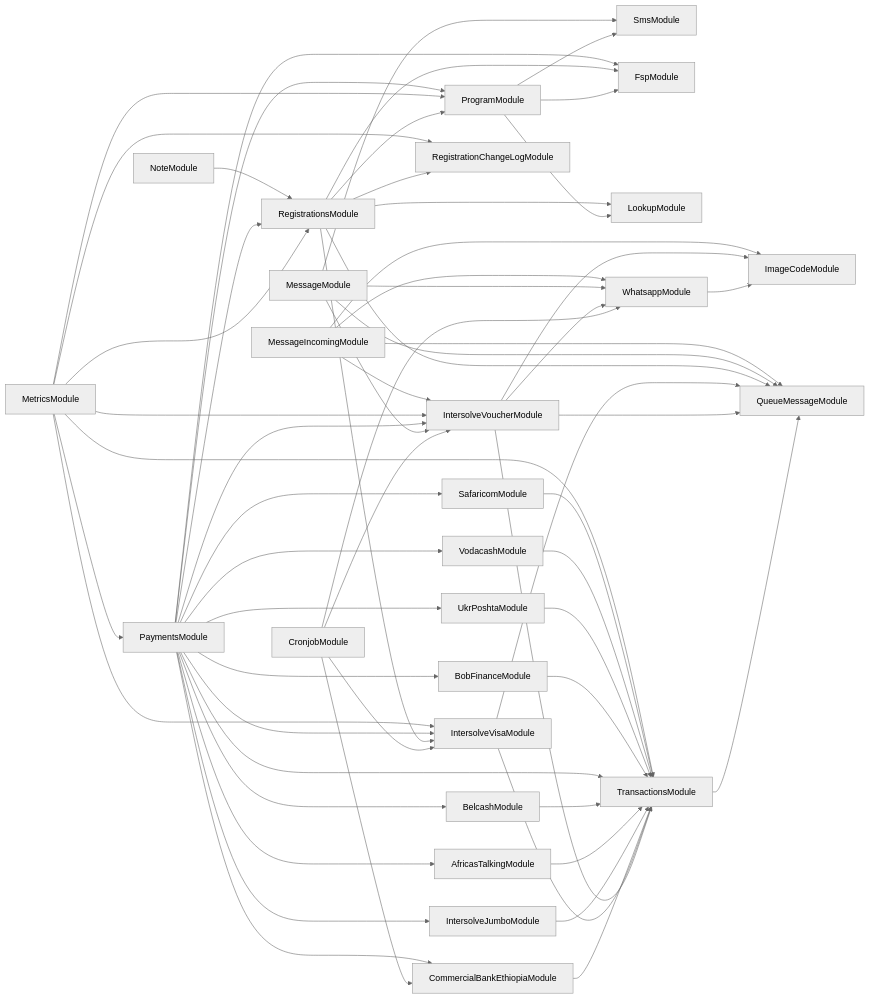
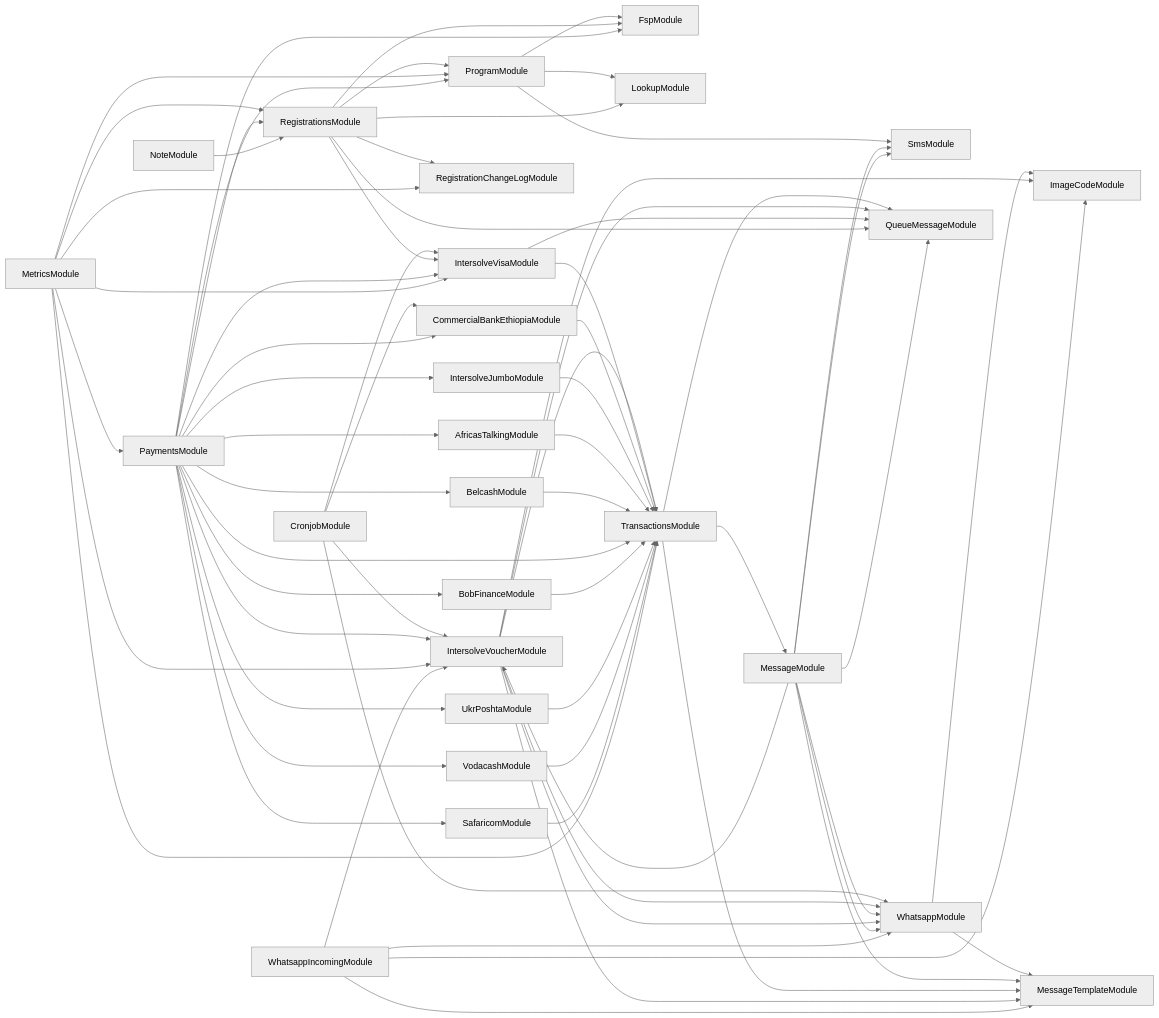
The diagram in services/121-service/module-dependencies.md (global-121/121-platform), drawn with Mermaid (neutral theme) before and after one commit. The commit also changed 102 other files, not shown here.

````diff
--- a/services/121-service/module-dependencies.md
+++ b/services/121-service/module-dependencies.md
@@ -3,62 +3,70 @@
 ```mermaid
 graph LR
   ProgramModule-->SmsModule
   ProgramModule-->FspModule
   ProgramModule-->LookupModule
   CronjobModule-->WhatsappModule
   WhatsappModule-->ImageCodeModule
+  WhatsappModule-->MessageTemplateModule
   CronjobModule-->IntersolveVoucherModule
   IntersolveVoucherModule-->ImageCodeModule
   IntersolveVoucherModule-->TransactionsModule
   TransactionsModule-->QueueMessageModule
   IntersolveVoucherModule-->WhatsappModule
   IntersolveVoucherModule-->QueueMessageModule
+  TransactionsModule-->MessageModule
+  MessageModule-->WhatsappModule
+  MessageModule-->SmsModule
+  MessageModule-->MessageTemplateModule
+  TransactionsModule-->MessageTemplateModule
+  IntersolveVoucherModule-->WhatsappModule
+  IntersolveVoucherModule-->MessageTemplateModule
   CronjobModule-->IntersolveVisaModule
   IntersolveVisaModule-->TransactionsModule
   IntersolveVisaModule-->QueueMessageModule
   CronjobModule-->CommercialBankEthiopiaModule
   CommercialBankEthiopiaModule-->TransactionsModule
   RegistrationsModule-->LookupModule
   RegistrationsModule-->ProgramModule
   RegistrationsModule-->FspModule
   RegistrationsModule-->QueueMessageModule
   RegistrationsModule-->IntersolveVisaModule
   RegistrationsModule-->RegistrationChangeLogModule
   MessageModule-->WhatsappModule
   MessageModule-->SmsModule
   MessageModule-->QueueMessageModule
   MessageModule-->IntersolveVoucherModule
   MetricsModule-->ProgramModule
   MetricsModule-->RegistrationsModule
   MetricsModule-->PaymentsModule
   PaymentsModule-->FspModule
   PaymentsModule-->IntersolveVoucherModule
   PaymentsModule-->IntersolveVisaModule
   PaymentsModule-->IntersolveJumboModule
   IntersolveJumboModule-->TransactionsModule
   PaymentsModule-->AfricasTalkingModule
   AfricasTalkingModule-->TransactionsModule
   PaymentsModule-->BelcashModule
   BelcashModule-->TransactionsModule
   PaymentsModule-->TransactionsModule
   PaymentsModule-->BobFinanceModule
   BobFinanceModule-->TransactionsModule
   PaymentsModule-->UkrPoshtaModule
   UkrPoshtaModule-->TransactionsModule
   PaymentsModule-->VodacashModule
   VodacashModule-->TransactionsModule
   PaymentsModule-->SafaricomModule
   SafaricomModule-->TransactionsModule
   PaymentsModule-->CommercialBankEthiopiaModule
   PaymentsModule-->RegistrationsModule
   PaymentsModule-->ProgramModule
   MetricsModule-->TransactionsModule
   MetricsModule-->IntersolveVisaModule
   MetricsModule-->IntersolveVoucherModule
   MetricsModule-->RegistrationChangeLogModule
-  MessageIncomingModule-->ImageCodeModule
-  MessageIncomingModule-->IntersolveVoucherModule
-  MessageIncomingModule-->WhatsappModule
-  MessageIncomingModule-->QueueMessageModule
+  WhatsappIncomingModule-->ImageCodeModule
+  WhatsappIncomingModule-->IntersolveVoucherModule
+  WhatsappIncomingModule-->WhatsappModule
+  WhatsappIncomingModule-->MessageTemplateModule
   NoteModule-->RegistrationsModule
 ```
````
